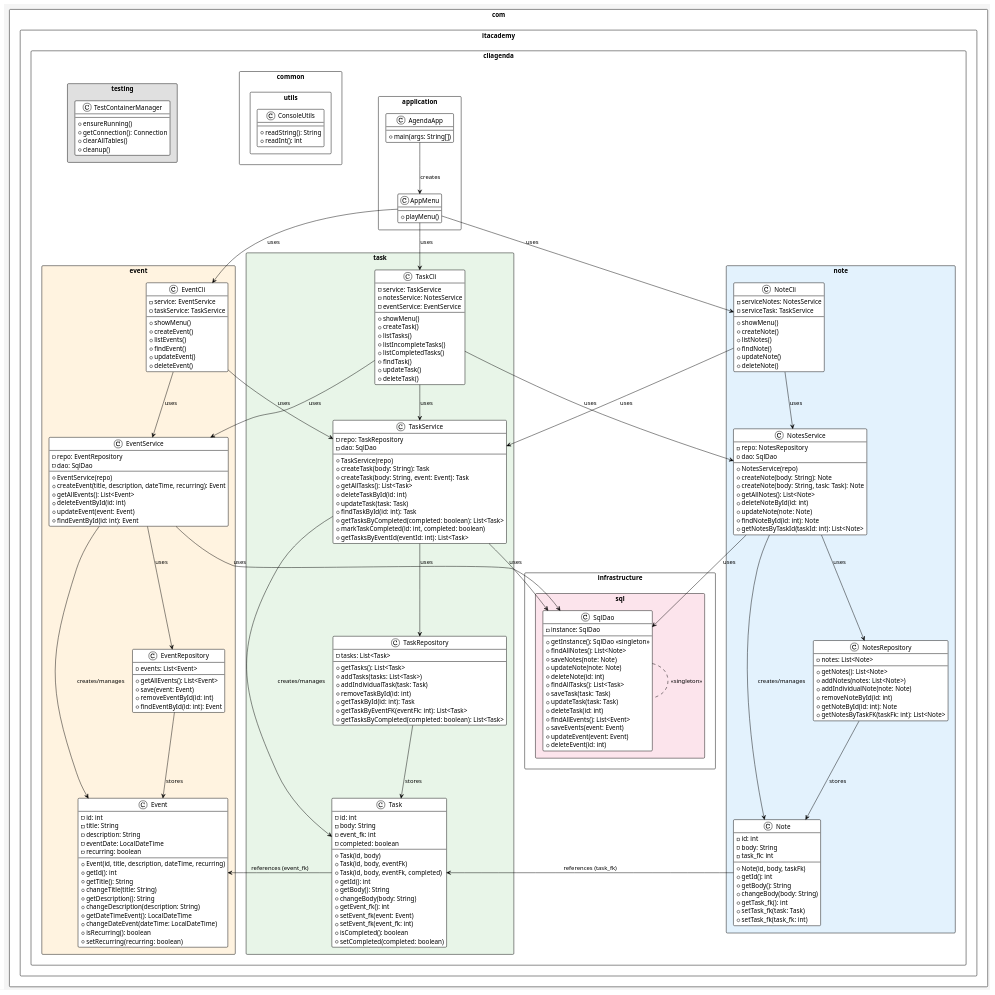
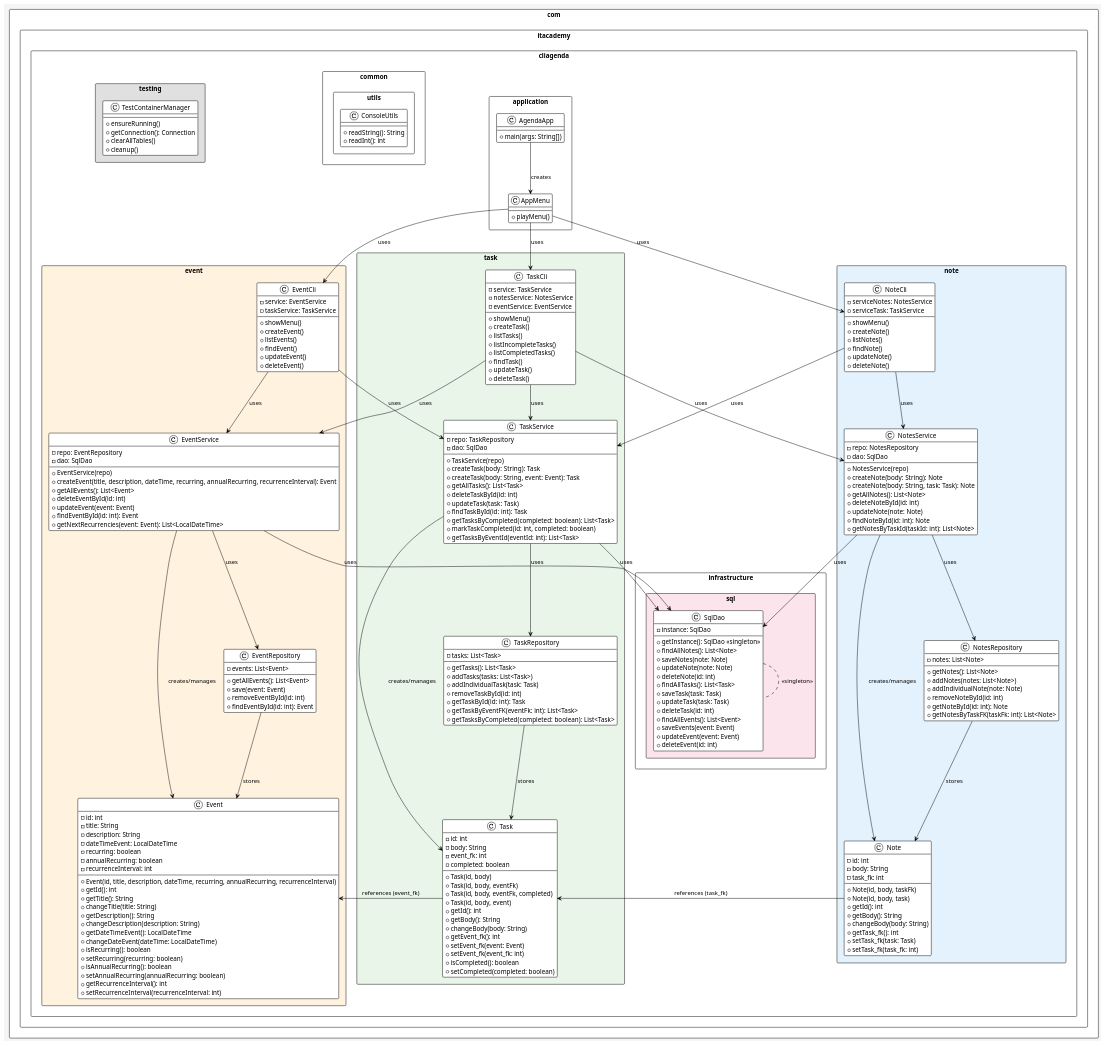
Before and after one commit to ITAcademy-TeamApril/CLI-Agenda: the diagram in doc/diagram.puml, drawn with PlantUML. The commit also changed 2 other files, not shown here.

Commit message:
doc: updated diagrams

```diff
--- a/doc/diagram.puml
+++ b/doc/diagram.puml
@@ -22,6 +22,7 @@
         - body: String
         - task_fk: int
         + Note(id, body, taskFk)
+        + Note(id, body, task)
         + getId(): int
         + getBody(): String
         + changeBody(body: String)
@@ -71,6 +72,7 @@
         + Task(id, body)
         + Task(id, body, eventFk)
         + Task(id, body, eventFk, completed)
+        + Task(id, body, event)
         + getId(): int
         + getBody(): String
         + changeBody(body: String)
@@ -124,9 +126,11 @@
         - id: int
         - title: String
         - description: String
-        - eventDate: LocalDateTime
+        - dateTimeEvent: LocalDateTime
         - recurring: boolean
-        + Event(id, title, description, dateTime, recurring)
+        - annualRecurring: boolean
+        - recurrenceInterval: int
+        + Event(id, title, description, dateTime, recurring, annualRecurring, recurrenceInterval)
         + getId(): int
         + getTitle(): String
         + changeTitle(title: String)
@@ -136,6 +140,10 @@
         + changeDateEvent(dateTime: LocalDateTime)
         + isRecurring(): boolean
         + setRecurring(recurring: boolean)
+        + isAnnualRecurring(): boolean
+        + setAnnualRecurring(annualRecurring: boolean)
+        + getRecurrenceInterval(): int
+        + setRecurrenceInterval(recurrenceInterval: int)
     }
     class EventRepository {
         - events: List<Event>
@@ -148,11 +156,12 @@
         - repo: EventRepository
         - dao: SqlDao
         + EventService(repo)
-        + createEvent(title, description, dateTime, recurring): Event
+        + createEvent(title, description, dateTime, recurring, annualRecurring, recurrenceInterval): Event
         + getAllEvents(): List<Event>
         + deleteEventById(id: int)
         + updateEvent(event: Event)
         + findEventById(id: int): Event
+        + getNextRecurrencies(event: Event): List<LocalDateTime>
     }
     class EventCli {
         - service: EventService
```
